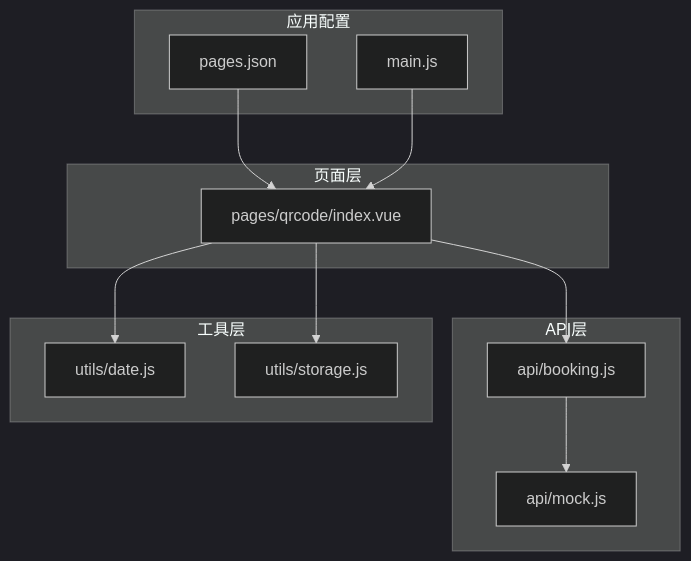
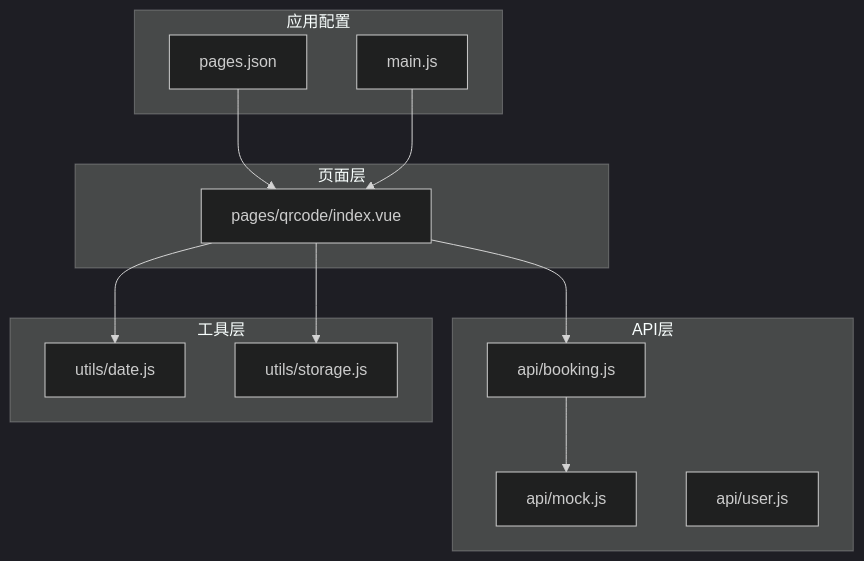
Before and after one commit to ChenHaoRanORA/School-Bus-Scheduling-System: the first of 7 diagrams in .qoder/repowiki/zh/content/页面组件详解/二维码页面组件.md, drawn with Mermaid (dark theme). The commit also changed other lines of this file and 6 other files, not shown here.

````diff
--- a/.qoder/repowiki/zh/content/页面组件详解/二维码页面组件.md
+++ b/.qoder/repowiki/zh/content/页面组件详解/二维码页面组件.md
@@ -38,24 +46,25 @@
 ```mermaid
 graph TB
 subgraph "页面层"
 QR["pages/qrcode/index.vue"]
 end
 subgraph "API层"
 BookingAPI["api/booking.js"]
 Mock["api/mock.js"]
+UserAPI["api/user.js"]
 end
 subgraph "工具层"
 DateUtil["utils/date.js"]
 Storage["utils/storage.js"]
 end
 subgraph "应用配置"
 PagesJSON["pages.json"]
 MainJS["main.js"]
 end
 QR --> BookingAPI
 BookingAPI --> Mock
 QR --> Storage
 QR --> DateUtil
 PagesJSON --> QR
 MainJS --> QR
 ```
````
